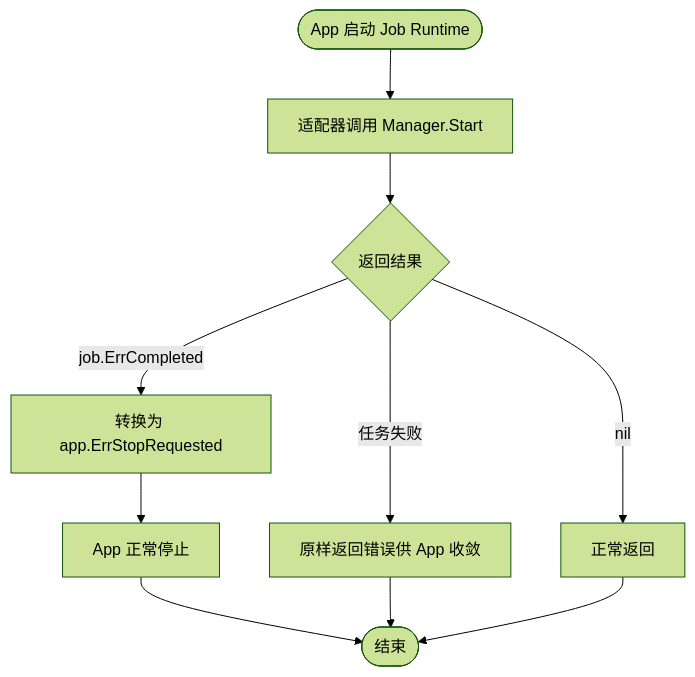
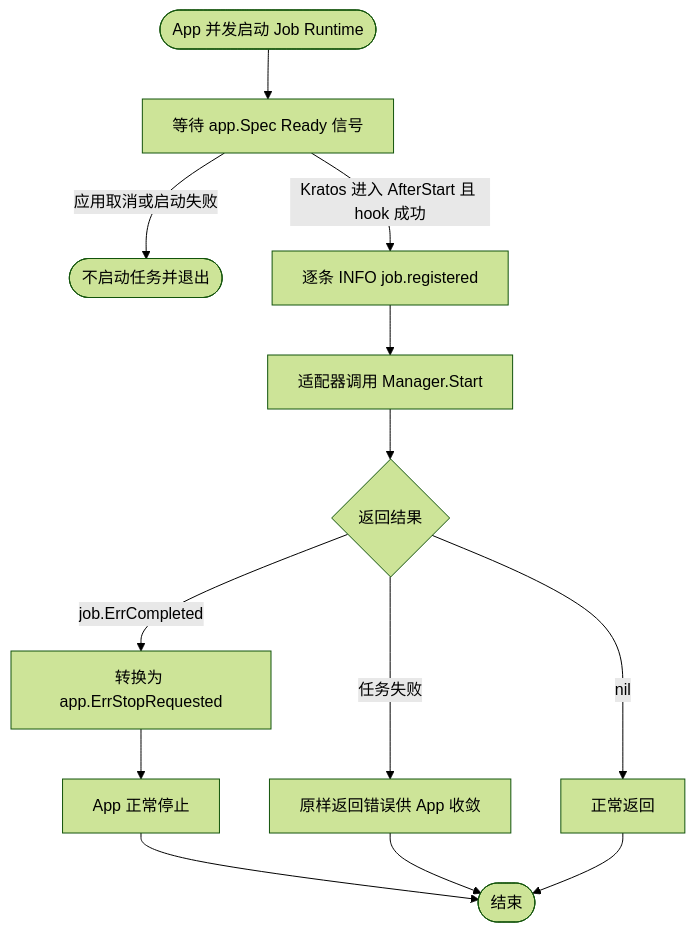
One commit to jaggerzhuang1994/kratos-foundation changed the third of 6 diagrams in pkg/bootstrap/README.md. Above: the diagram before and after it, drawn with Mermaid (forest theme). The commit also changed other lines of this file and 122 other files, not shown here.

````diff
--- a/pkg/bootstrap/README.md
+++ b/pkg/bootstrap/README.md
@@ -169,12 +169,15 @@
 ```mermaid
 flowchart TD
-    A([App 启动 Job Runtime]) --> B[适配器调用 Manager.Start]
-    B --> C{返回结果}
+    A([App 并发启动 Job Runtime]) --> B[等待 app.Spec Ready 信号]
+    B -- 应用取消或启动失败 --> H([不启动任务并退出])
+    B -- Kratos 进入 AfterStart 且 hook 成功 --> B1[逐条 INFO job.registered]
+    B1 --> B2[适配器调用 Manager.Start]
+    B2 --> C{返回结果}
     C -- job.ErrCompleted --> D[转换为 app.ErrStopRequested]
     D --> E[App 正常停止]
     C -- 任务失败 --> F[原样返回错误供 App 收敛]
     C -- nil --> G[正常返回]
-    E --> H([结束])
-    F --> H
-    G --> H
+    E --> I([结束])
+    F --> I
+    G --> I
 ```
````
